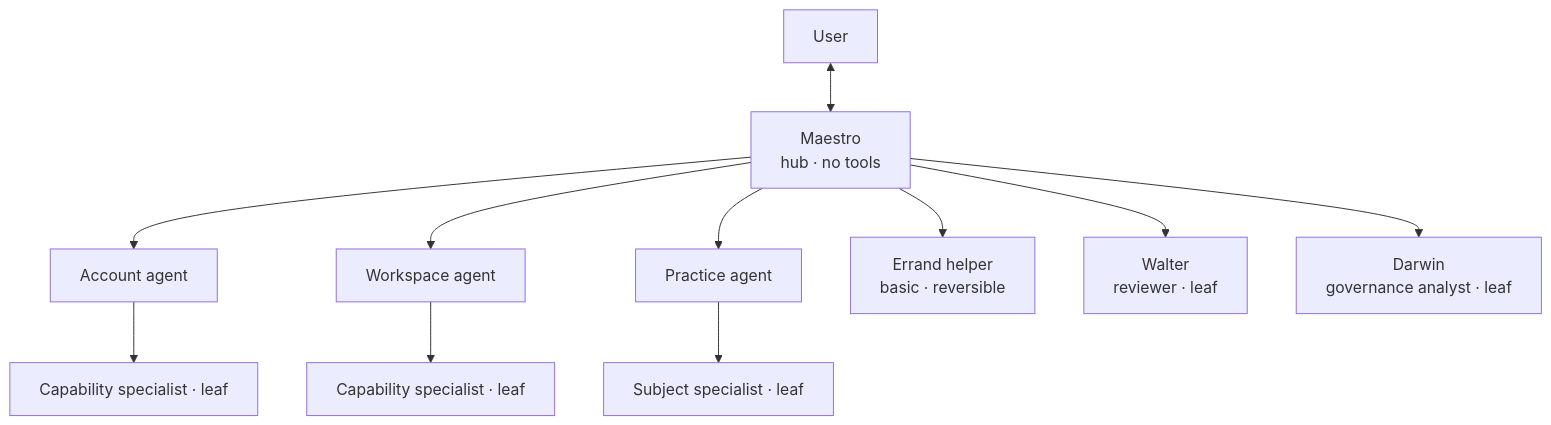
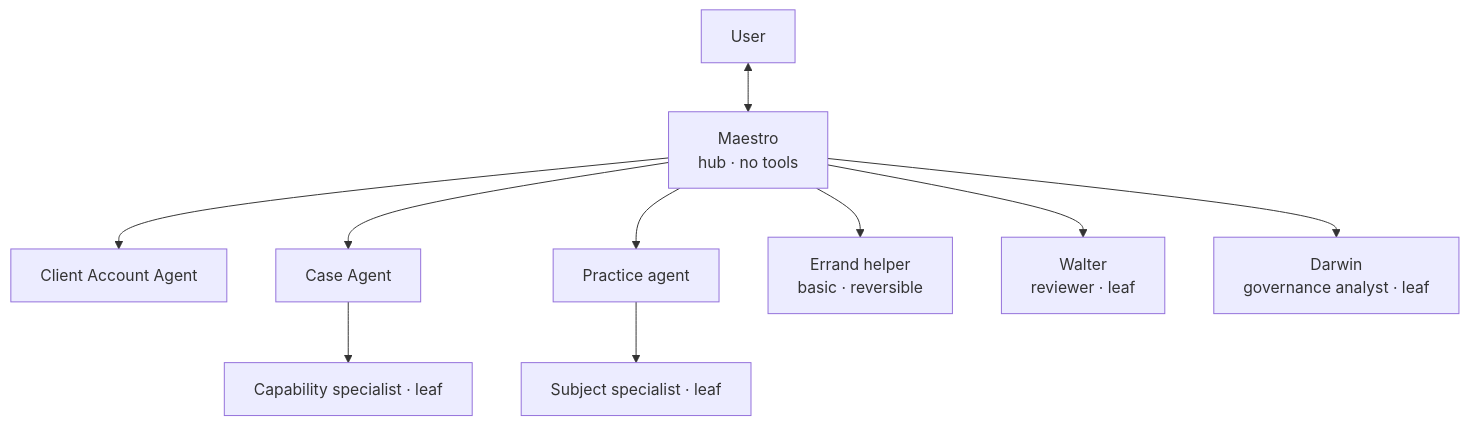
The first of 3 diagrams in specs/018-maestro-core-agents.md (agentic-os-brasil/bcg-brasil-agentic-os), drawn with Mermaid before and after one commit. The commit also changed other lines of this file and 42 other files, not shown here.

````diff
--- a/specs/018-maestro-core-agents.md
+++ b/specs/018-maestro-core-agents.md
@@ -16,13 +16,12 @@
 ```mermaid
 flowchart TB
     User["User"] <--> Maestro["Maestro<br/>hub · no tools"]
-    Maestro --> Account["Account agent"]
-    Maestro --> Workspace["Workspace agent"]
+    Maestro --> Account["Client Account Agent"]
+    Maestro --> Case["Case Agent"]
     Maestro --> Practice["Practice agent"]
     Maestro --> Errand["Errand helper<br/>basic · reversible"]
     Maestro --> Walter["Walter<br/>reviewer · leaf"]
     Maestro --> Darwin["Darwin<br/>governance analyst · leaf"]
-    Account --> CapabilityA["Capability specialist · leaf"]
-    Workspace --> CapabilityW["Capability specialist · leaf"]
+    Case --> CapabilityW["Capability specialist · leaf"]
     Practice --> Subject["Subject specialist · leaf"]
 ```
````
